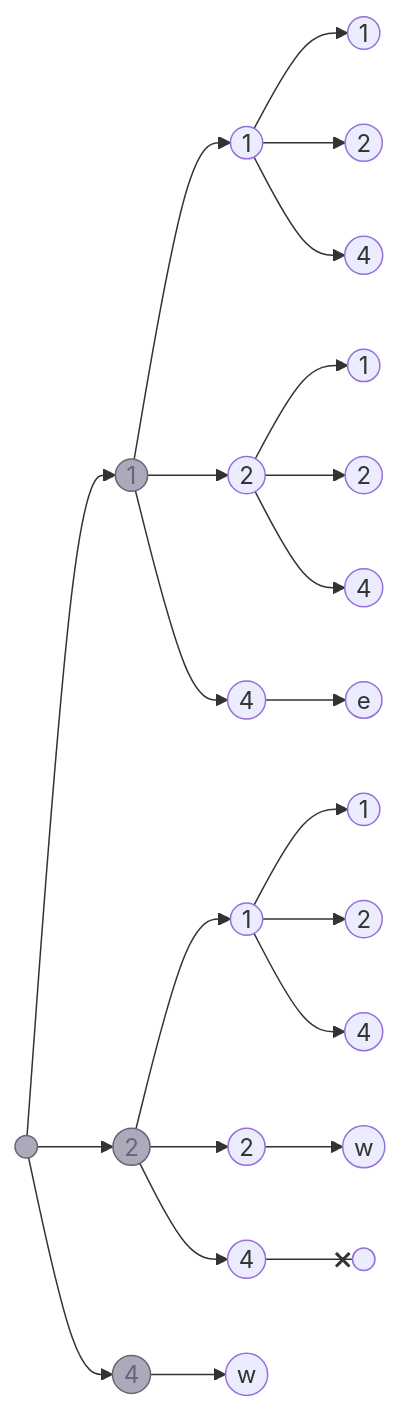
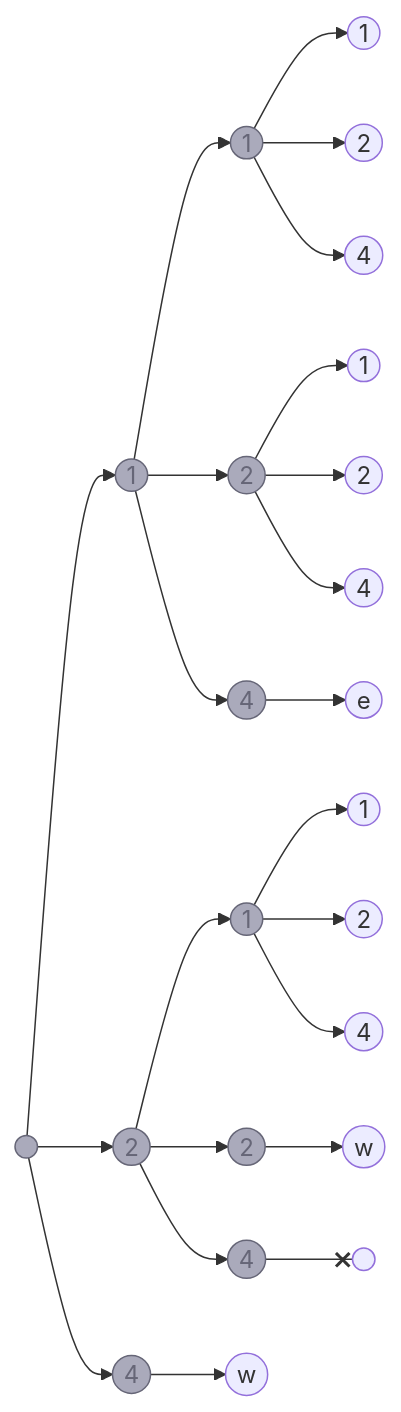
Before and after one commit to innin-jam/bwinf25: the third of 5 diagrams in README.md, drawn with Mermaid.

````diff
--- a/README.md
+++ b/README.md
@@ -115,15 +115,15 @@
 ```mermaid
 flowchart LR
     a(( )) --> 1((1)) & 2((2)) & 4((4))
     1 --> 1.1((1)) & 1.2((2)) & 1.4((4))
     2 --> 2.1((1)) & 2.2((2)) & 2.4((4))
     4 --> 4.exit((w))
     1.1 --> 1.1.1((1)) & 1.1.2((2)) & 1.1.4((4))
     1.2 --> 1.2.1((1)) & 1.2.2((2)) & 1.2.4((4))
     1.4 --> 1.4.exit((e))
     2.1 --> 2.1.1((1)) & 2.1.2((2)) & 2.1.4((4))
     2.2 --> 2.2.exit((w))
     2.4 --x 2.4.exit(( ))
     classDef gray fill:#aab,stroke:#667,color:#667
-    class a,1,2,4 gray
+    class a,1,2,4,1.1,1.2,1.4,2.1,2.2,2.4 gray
 ```
````
